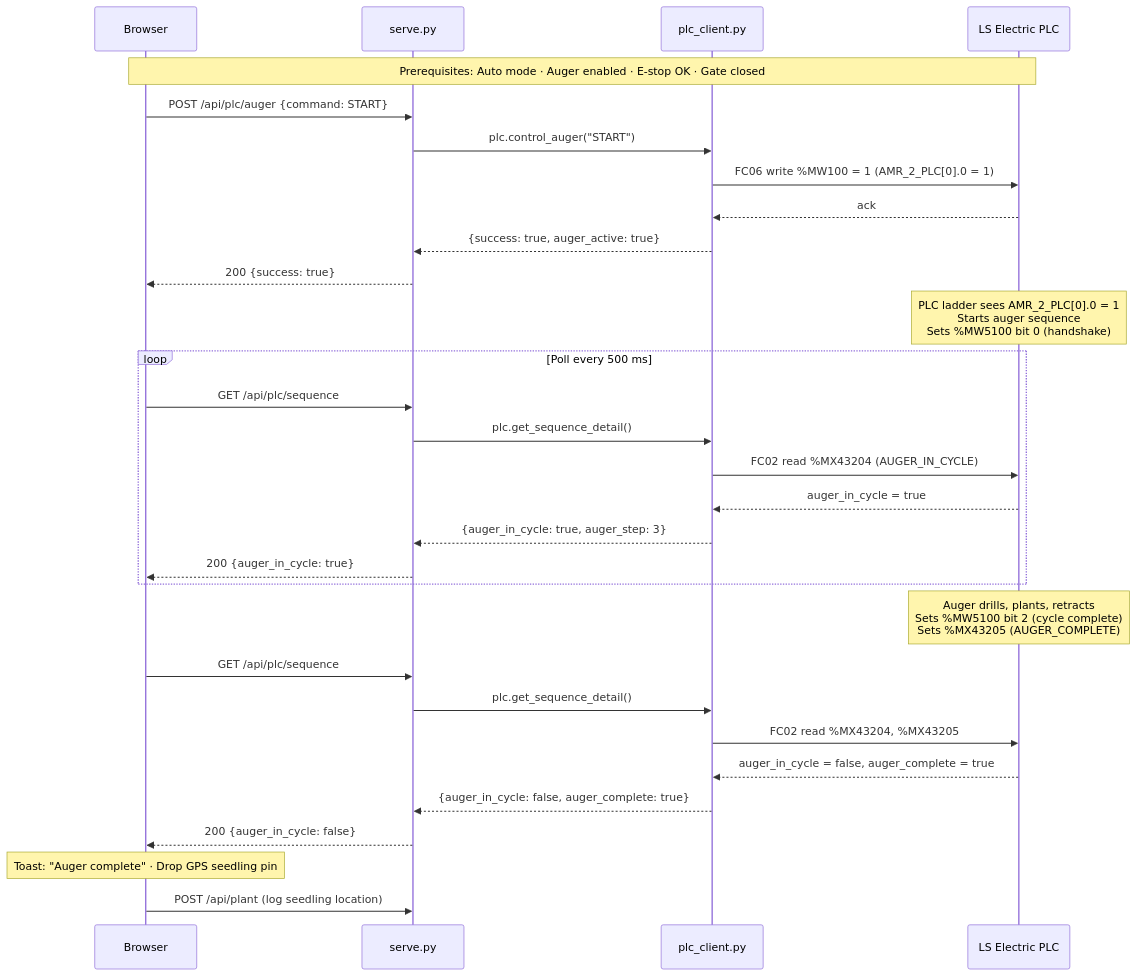
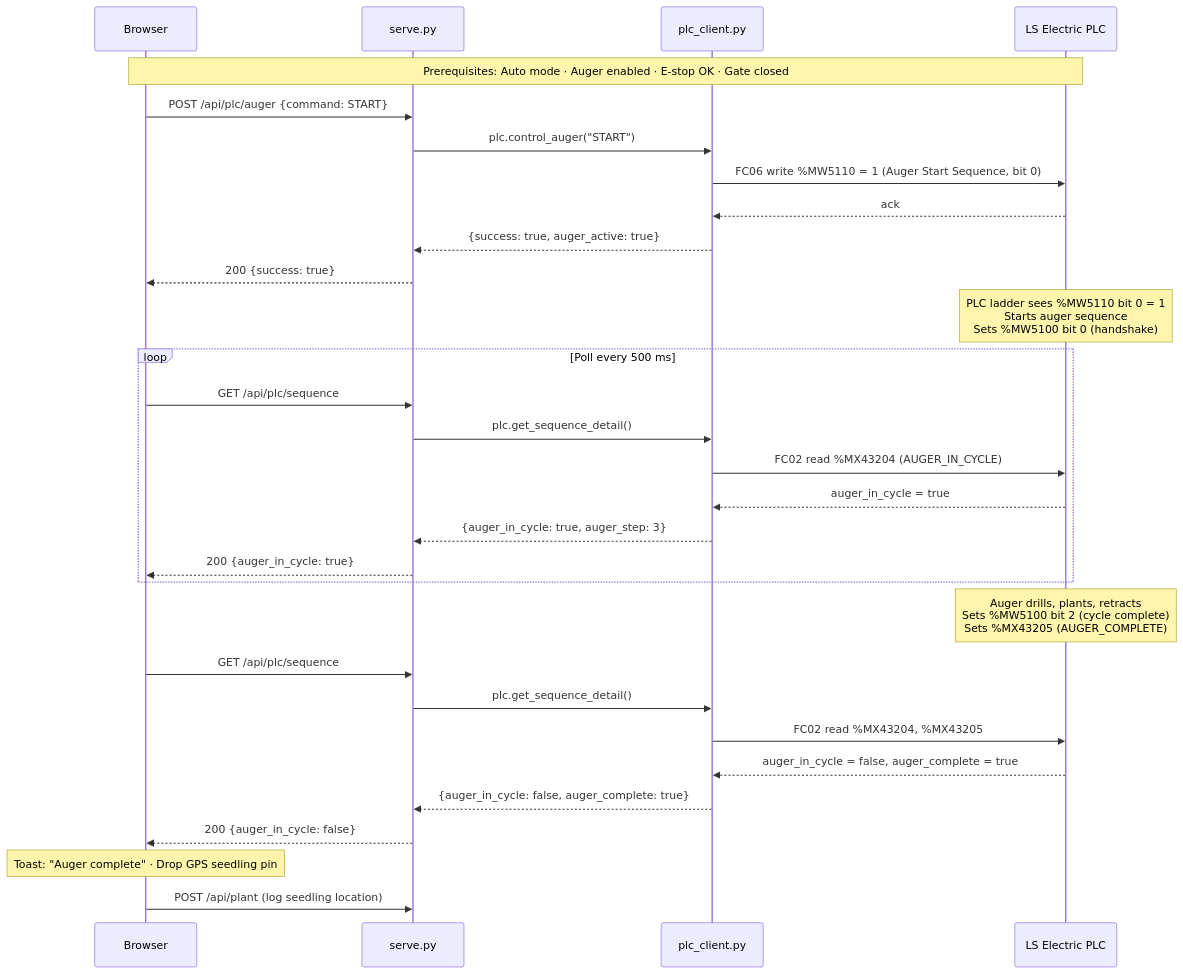
The fourth of 5 diagrams in docs/plc.md (sahand2ajami/agrobot-dashboard), drawn with Mermaid before and after one commit. The commit also changed other lines of this file and 8 other files, not shown here.

````diff
--- a/docs/plc.md
+++ b/docs/plc.md
@@ -283,38 +330,38 @@
 ```mermaid
 sequenceDiagram
     participant B as Browser
     participant S as serve.py
     participant P as plc_client.py
     participant PLC as LS Electric PLC
 
     Note over B,PLC: Prerequisites: Auto mode · Auger enabled · E-stop OK · Gate closed
 
     B->>S: POST /api/plc/auger {command: START}
     S->>P: plc.control_auger("START")
-    P->>PLC: FC06 write %MW100 = 1  (AMR_2_PLC[0].0 = 1)
+    P->>PLC: FC06 write %MW5110 = 1  (Auger Start Sequence, bit 0)
     PLC-->>P: ack
     P-->>S: {success: true, auger_active: true}
     S-->>B: 200 {success: true}
 
-    Note over PLC: PLC ladder sees AMR_2_PLC[0].0 = 1<br/>Starts auger sequence<br/>Sets %MW5100 bit 0 (handshake)
+    Note over PLC: PLC ladder sees %MW5110 bit 0 = 1<br/>Starts auger sequence<br/>Sets %MW5100 bit 0 (handshake)
 
     loop Poll every 500 ms
         B->>S: GET /api/plc/sequence
         S->>P: plc.get_sequence_detail()
         P->>PLC: FC02 read %MX43204 (AUGER_IN_CYCLE)
         PLC-->>P: auger_in_cycle = true
         P-->>S: {auger_in_cycle: true, auger_step: 3}
         S-->>B: 200 {auger_in_cycle: true}
     end
 
     Note over PLC: Auger drills, plants, retracts<br/>Sets %MW5100 bit 2 (cycle complete)<br/>Sets %MX43205 (AUGER_COMPLETE)
 
     B->>S: GET /api/plc/sequence
     S->>P: plc.get_sequence_detail()
     P->>PLC: FC02 read %MX43204, %MX43205
     PLC-->>P: auger_in_cycle = false, auger_complete = true
     P-->>S: {auger_in_cycle: false, auger_complete: true}
     S-->>B: 200 {auger_in_cycle: false}
     Note over B: Toast: "Auger complete" · Drop GPS seedling pin
     B->>S: POST /api/plant  (log seedling location)
 ```
````
